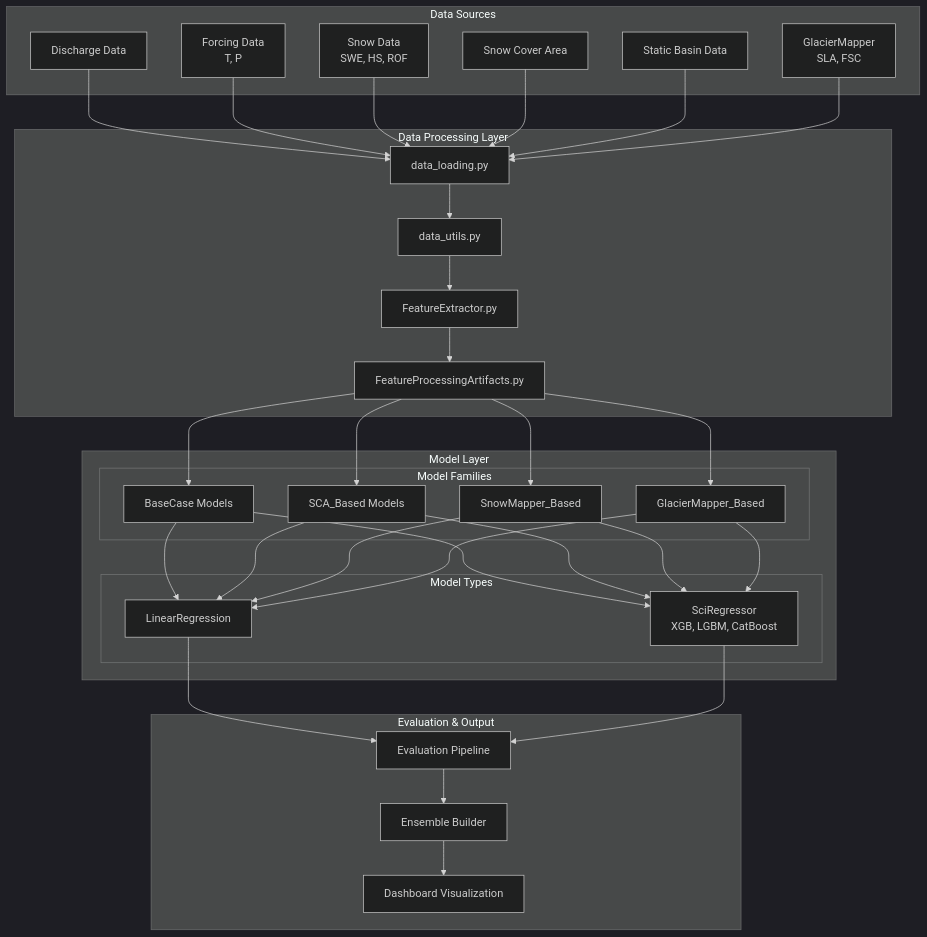
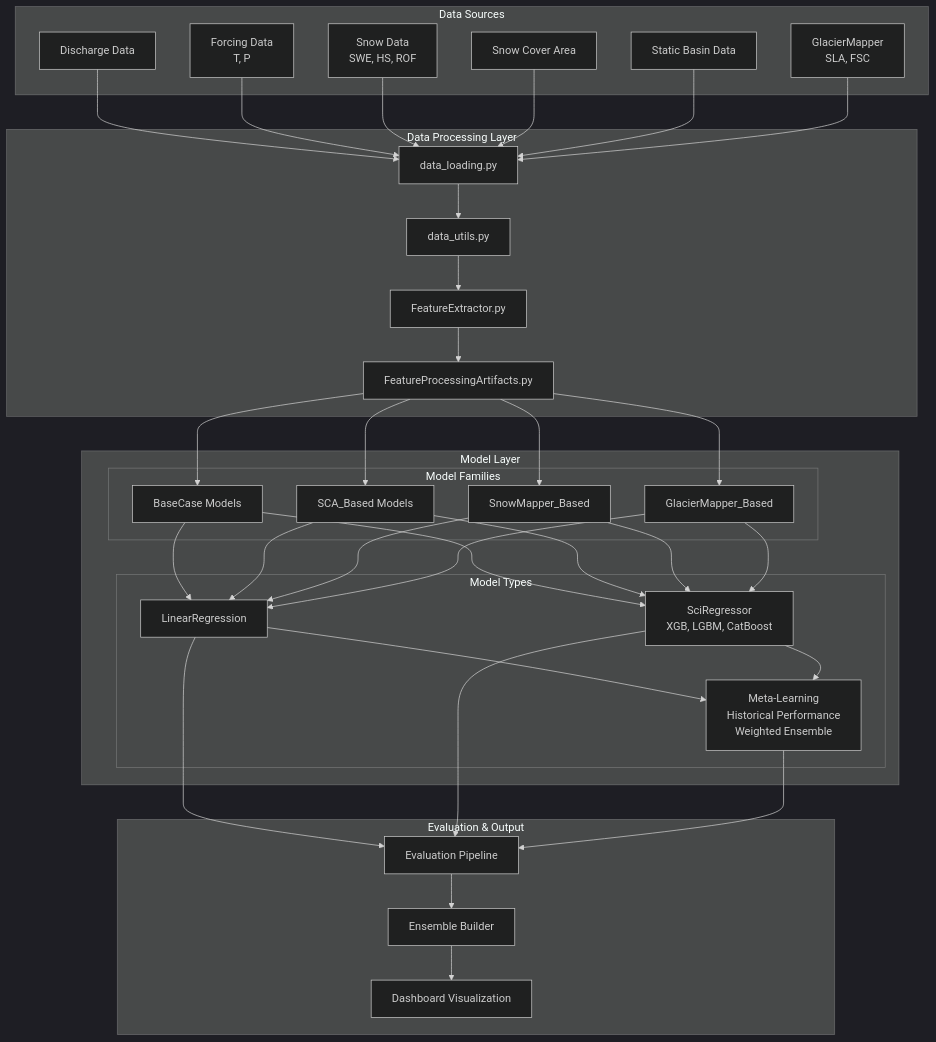
The first of 4 diagrams in docs/Overview.md (hydrosolutions/long-term-forecasting), drawn with Mermaid (dark theme) before and after one commit. The commit also changed other lines of this file and 12 other files, not shown here.

````diff
--- a/docs/Overview.md
+++ b/docs/Overview.md
@@ -23,48 +23,51 @@
 ```mermaid
 graph TB
     subgraph "Data Sources"
         DS1[Discharge Data]
         DS2[Forcing Data<br/>T, P]
         DS3[Snow Data<br/>SWE, HS, ROF]
         DS4[Snow Cover Area]
         DS5[Static Basin Data]
         DS6[GlacierMapper<br/>SLA, FSC]
     end
 
     subgraph "Data Processing Layer"
         DL[data_loading.py]
         DU[data_utils.py]
         FE[FeatureExtractor.py]
         FPA[FeatureProcessingArtifacts.py]
     end
 
     subgraph "Model Layer"
         subgraph "Model Families"
             BC[BaseCase Models]
             SCA[SCA_Based Models]
             SM[SnowMapper_Based]
             GM[GlacierMapper_Based]
         end
         
         subgraph "Model Types"
             LR[LinearRegression]
             SR[SciRegressor<br/>XGB, LGBM, CatBoost]
+            ML[Meta-Learning<br/>Historical Performance<br/>Weighted Ensemble]
         end
     end
 
     subgraph "Evaluation & Output"
         EV[Evaluation Pipeline]
         ENS[Ensemble Builder]
         VIS[Dashboard Visualization]
     end
 
     DS1 & DS2 & DS3 & DS4 & DS5 & DS6 --> DL
     DL --> DU
     DU --> FE
     FE --> FPA
     FPA --> BC & SCA & SM & GM
     BC & SCA & SM & GM --> LR & SR
     LR & SR --> EV
+    LR & SR --> ML
+    ML --> EV
     EV --> ENS
     ENS --> VIS
 ```
````
